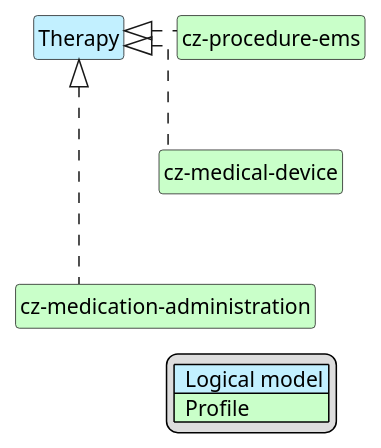
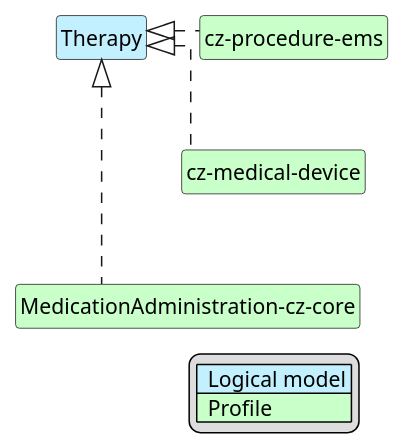
The diagram in input/images-source/emsTherapy-map.plantuml (HL7-cz/cz-ems), drawn with PlantUML before and after one commit. The commit also changed 23 other files, not shown here.

```diff
--- a/input/images-source/emsTherapy-map.plantuml
+++ b/input/images-source/emsTherapy-map.plantuml
@@ -1,29 +1,29 @@
 @startuml
 hide circle
 hide stereotype
 hide members
 hide methods
 skinparam linetype ortho
 skinparam class {
 BackgroundColor<<LogicalModel>> #APPLICATION
 BackgroundColor<<Profile>> #TECHNOLOGY
 }
 legend right
 | <#APPLICATION>  Logical model |
 | <#TECHNOLOGY>  Profile |
 endlegend
 
 class "Therapy" <<LogicalModel>> [[StructureDefinition-TherapyEmsCz.html]]
 
 class "cz-procedure-ems" <<Profile>> [[StructureDefinition-cz-procedure-ems.html]]
 class "cz-medical-device" <<Profile>> [[https://build.fhir.org/ig/HL7-cz/cz-core/StructureDefinition-cz-medical-device.html]]
-class "cz-medication-administration" <<Profile>> [[StructureDefinition-cz-medication-administration.html]]
+class "MedicationAdministration-cz-core" <<Profile>> [[https://build.fhir.org/ig/HL7-cz/cz-core/StructureDefinition-MedicationAdministration-cz-core.html]]
 
 "Therapy" <|. "cz-procedure-ems"
 "Therapy" <|. "cz-medical-device"
-"Therapy" <|. "cz-medication-administration"
+"Therapy" <|. "MedicationAdministration-cz-core"
 
 "cz-procedure-ems" -d[hidden]-> "cz-medical-device"
-"cz-medical-device" -d[hidden]-> "cz-medication-administration"
+"cz-medical-device" -d[hidden]-> "MedicationAdministration-cz-core"
 
 @enduml
```
